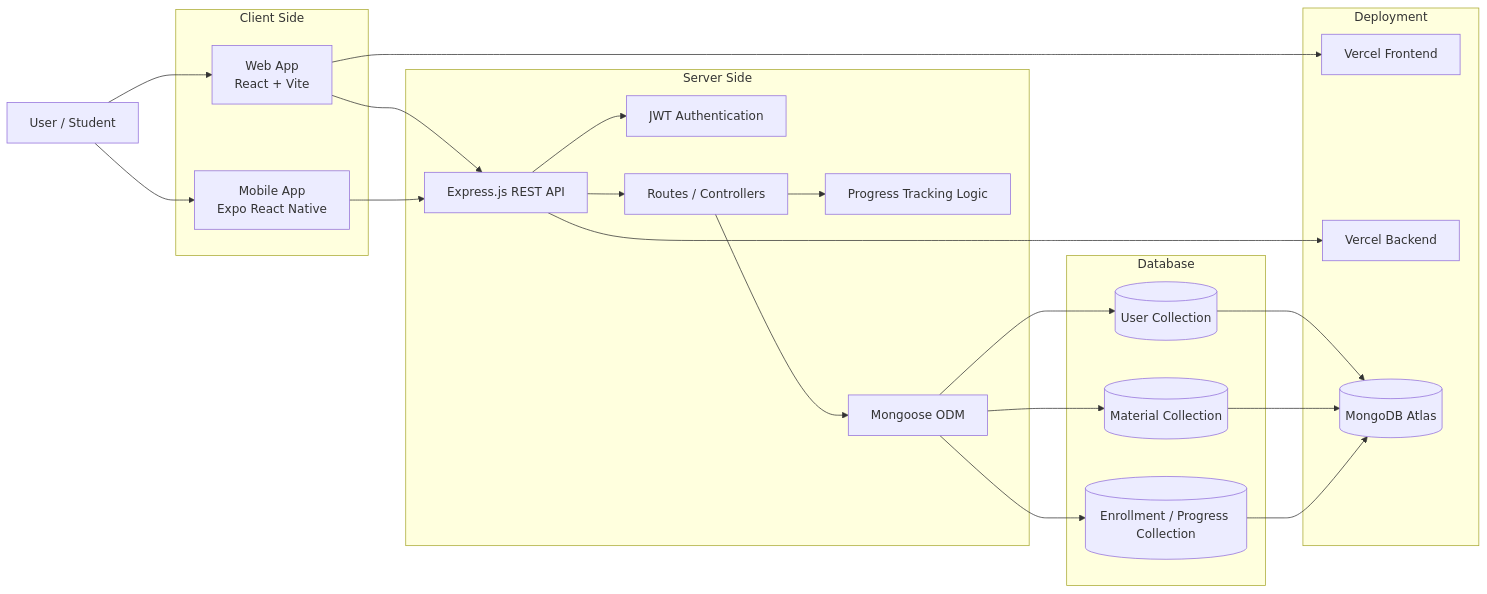
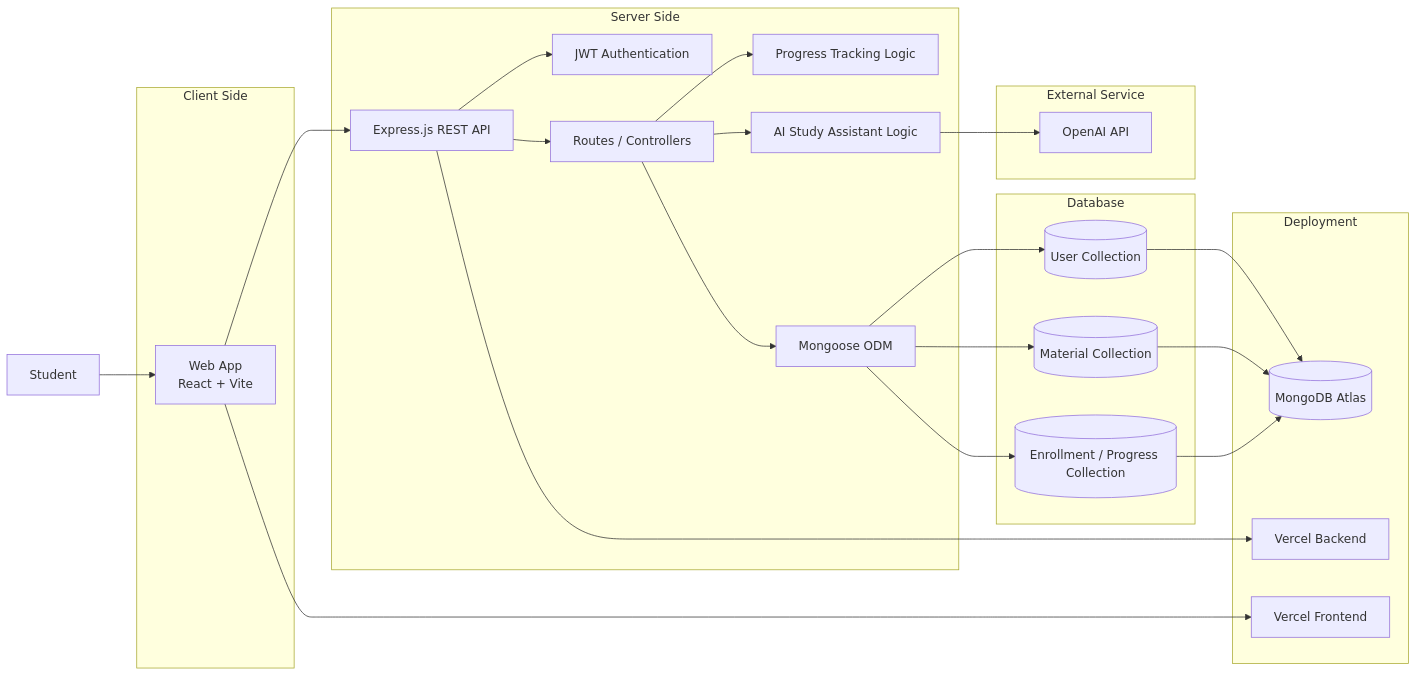
One commit to theo00000/learning-support-platform changed the second of 6 diagrams in readme.md. Above: the diagram before and after it, drawn with Mermaid. The commit also changed other lines of this file, not shown here.

````diff
--- a/readme.md
+++ b/readme.md
@@ -258,51 +203,50 @@
 ```mermaid
 flowchart LR
-    U[User / Student]
+    U[Student]
 
     subgraph Client Side
         W[Web App<br/>React + Vite]
-        M[Mobile App<br/>Expo React Native]
     end
 
     subgraph Server Side
         API[Express.js REST API]
         AUTH[JWT Authentication]
         ROUTES[Routes / Controllers]
+        AI[AI Study Assistant Logic]
         PROGRESS[Progress Tracking Logic]
         DBLAYER[Mongoose ODM]
+    end
+
+    subgraph External Service
+        OPENAI[OpenAI API]
     end
 
     subgraph Database
         USER[(User Collection)]
         MATERIAL[(Material Collection)]
         ENROLLMENT[(Enrollment / Progress Collection)]
     end
 
     subgraph Deployment
         VF[Vercel Frontend]
         VB[Vercel Backend]
         MDB[(MongoDB Atlas)]
     end
 
     U --> W
-    U --> M
-
     W --> API
-    M --> API
-
     API --> AUTH
     API --> ROUTES
     ROUTES --> PROGRESS
+    ROUTES --> AI
+    AI --> OPENAI
     ROUTES --> DBLAYER
-
     DBLAYER --> USER
     DBLAYER --> MATERIAL
     DBLAYER --> ENROLLMENT
-
     USER --> MDB
     MATERIAL --> MDB
     ENROLLMENT --> MDB
-
     W --> VF
     API --> VB
 ```
````
